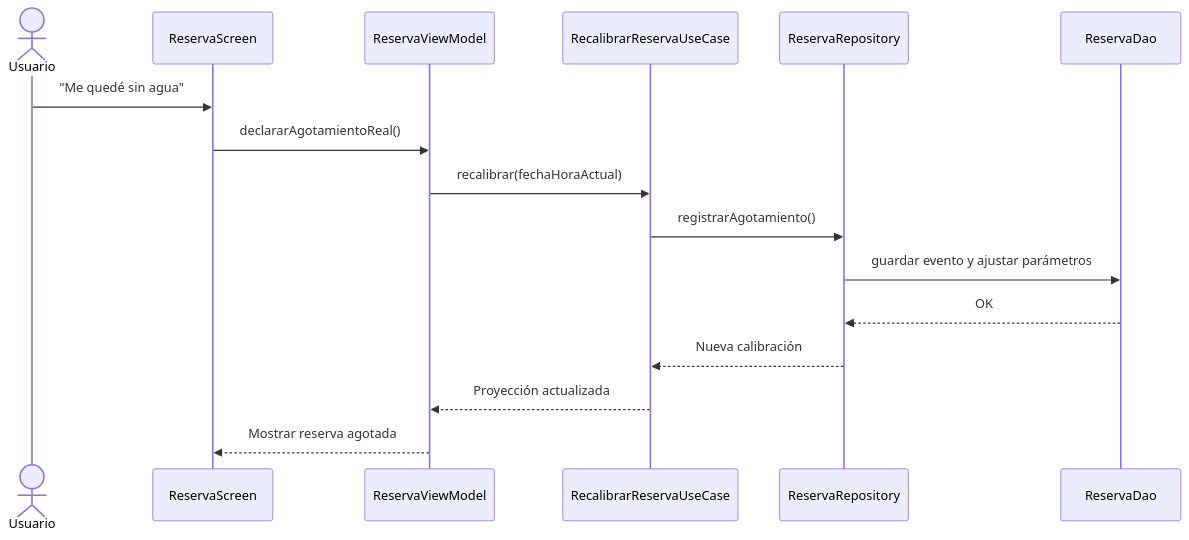
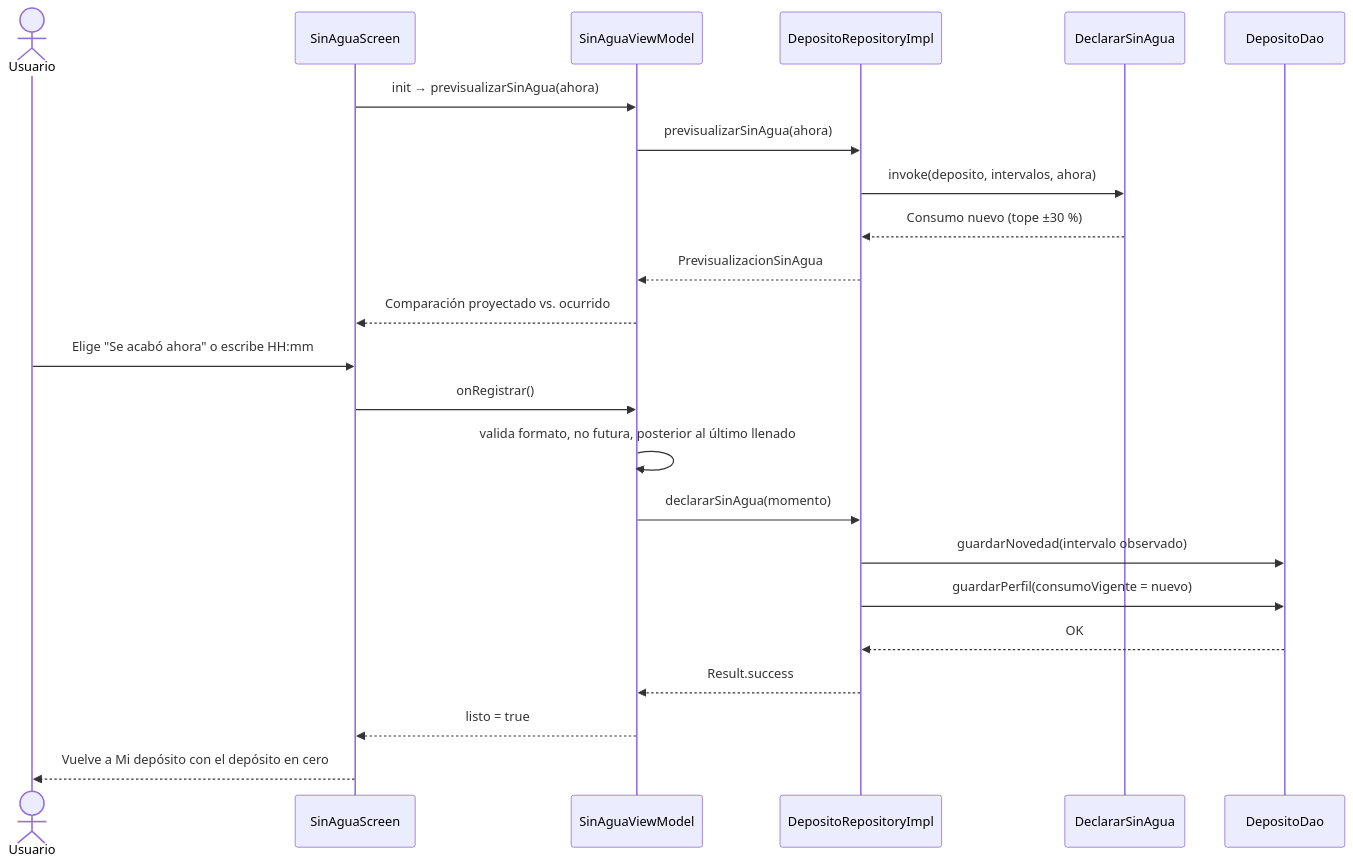
The ninth of 18 diagrams in informes/FD04-SAD.md (IkerASierraR/AguardApp), drawn with Mermaid before and after one commit. The commit also changed other lines of this file and 2 other files, not shown here.

````diff
--- a/informes/FD04-SAD.md
+++ b/informes/FD04-SAD.md
@@ -321,18 +302,25 @@
 ```mermaid
 sequenceDiagram
     actor U as Usuario
-    participant S as ReservaScreen
-    participant VM as ReservaViewModel
-    participant UC as RecalibrarReservaUseCase
-    participant R as ReservaRepository
-    participant DAO as ReservaDao
-    U->>S: "Me quedé sin agua"
-    S->>VM: declararAgotamientoReal()
-    VM->>UC: recalibrar(fechaHoraActual)
-    UC->>R: registrarAgotamiento()
-    R->>DAO: guardar evento y ajustar parámetros
+    participant S as SinAguaScreen
+    participant VM as SinAguaViewModel
+    participant R as DepositoRepositoryImpl
+    participant DSA as DeclararSinAgua
+    participant DAO as DepositoDao
+    S->>VM: init → previsualizarSinAgua(ahora)
+    VM->>R: previsualizarSinAgua(ahora)
+    R->>DSA: invoke(deposito, intervalos, ahora)
+    DSA-->>R: Consumo nuevo (tope ±30 %)
+    R-->>VM: PrevisualizacionSinAgua
+    VM-->>S: Comparación proyectado vs. ocurrido
+    U->>S: Elige "Se acabó ahora" o escribe HH:mm
+    S->>VM: onRegistrar()
+    VM->>VM: valida formato, no futura, posterior al último llenado
+    VM->>R: declararSinAgua(momento)
+    R->>DAO: guardarNovedad(intervalo observado)
+    R->>DAO: guardarPerfil(consumoVigente = nuevo)
     DAO-->>R: OK
-    R-->>UC: Nueva calibración
-    UC-->>VM: Proyección actualizada
-    VM-->>S: Mostrar reserva agotada
+    R-->>VM: Result.success
+    VM-->>S: listo = true
+    S-->>U: Vuelve a Mi depósito con el depósito en cero
 ```
````
